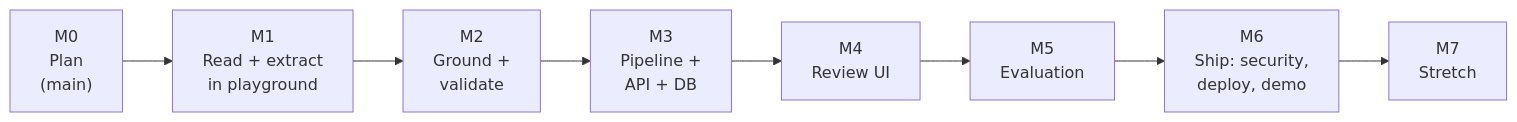
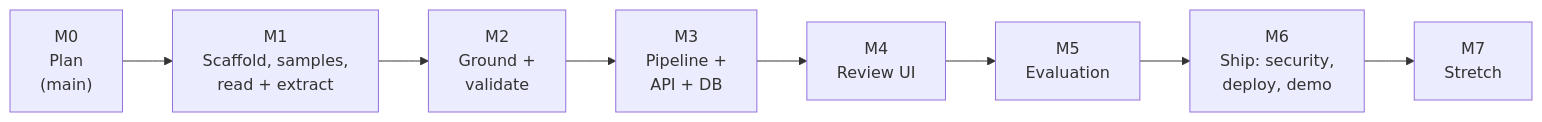
One commit to indiragothi/invoice-review changed the diagram in docs/roadmap.md. Above: the diagram before and after it, drawn with Mermaid. The commit also changed other lines of this file and 14 other files, not shown here.

````diff
--- a/docs/roadmap.md
+++ b/docs/roadmap.md
@@ -5,10 +5,10 @@
 ```mermaid
 flowchart LR
-    M0["M0<br/>Plan<br/>(main)"] --> M1["M1<br/>Read + extract<br/>in playground"]
+    M0["M0<br/>Plan<br/>(main)"] --> M1["M1<br/>Scaffold, samples,<br/>read + extract"]
     M1 --> M2["M2<br/>Ground +<br/>validate"]
     M2 --> M3["M3<br/>Pipeline +<br/>API + DB"]
     M3 --> M4["M4<br/>Review UI"]
     M4 --> M5["M5<br/>Evaluation"]
     M5 --> M6["M6<br/>Ship: security,<br/>deploy, demo"]
     M6 --> M7["M7<br/>Stretch"]
 ```
````
